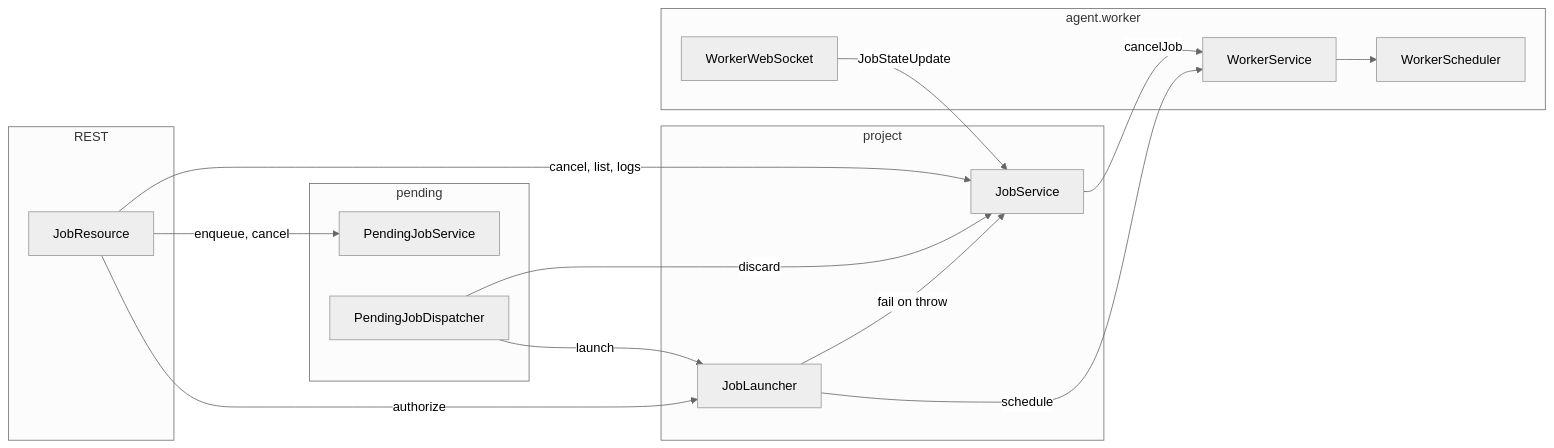
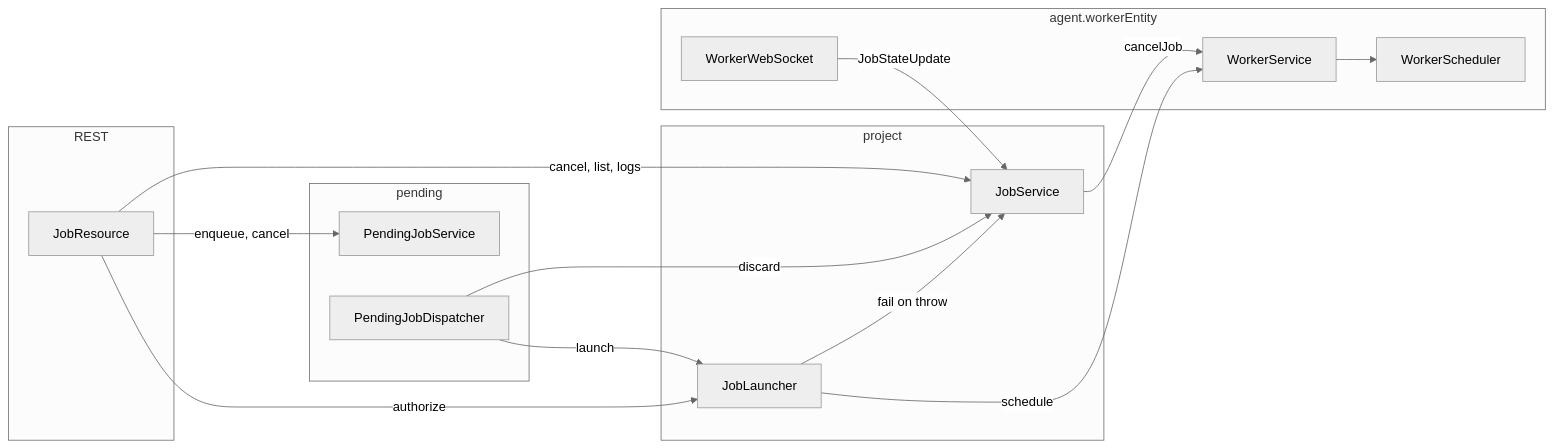
The first of 3 diagrams in agent-docs/job-lifecycle.md (iceBear67/prts-central), drawn with Mermaid (neutral theme) before and after one commit. The commit also changed other lines of this file and 51 other files, not shown here.

````diff
--- a/agent-docs/job-lifecycle.md
+++ b/agent-docs/job-lifecycle.md
@@ -7,30 +7,30 @@
 ```mermaid
 flowchart LR
     subgraph REST
         JR[JobResource]
     end
     subgraph project
         JL[JobLauncher]
         JS[JobService]
     end
     subgraph pending
         PJS[PendingJobService]
         PJD[PendingJobDispatcher]
     end
-    subgraph worker[agent.worker]
+    subgraph workerEntity[agent.workerEntity]
         WS[WorkerService]
         SCH[WorkerScheduler]
         WWS[WorkerWebSocket]
     end
 
     JR -->|authorize| JL
     JR -->|enqueue, cancel| PJS
     JR -->|cancel, list, logs| JS
     PJD -->|launch| JL
     PJD -->|discard| JS
     JL -->|schedule| WS
     JL -->|fail on throw| JS
     JS -->|cancelJob| WS
     WS --> SCH
     WWS -->|JobStateUpdate| JS
 ```
````
